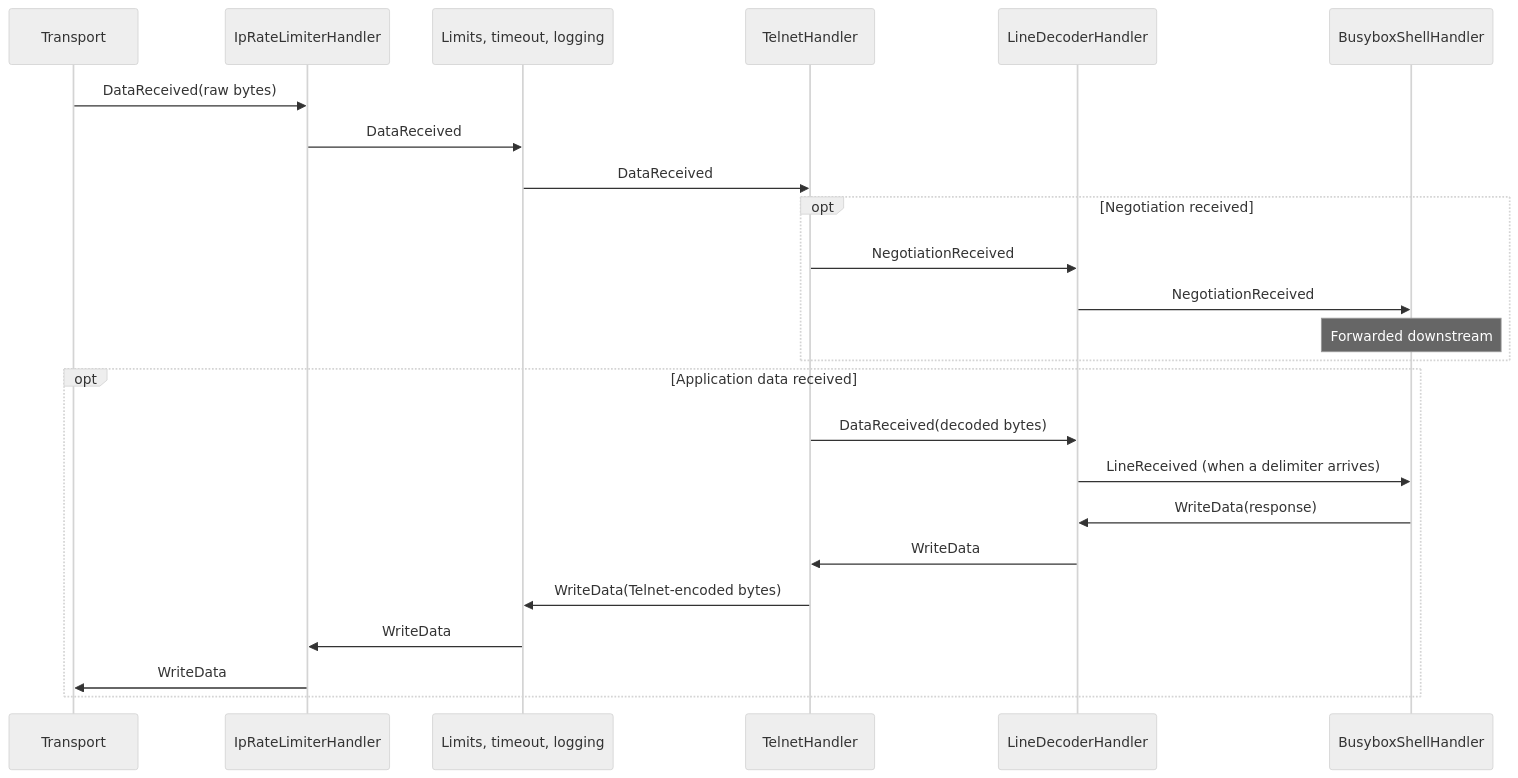
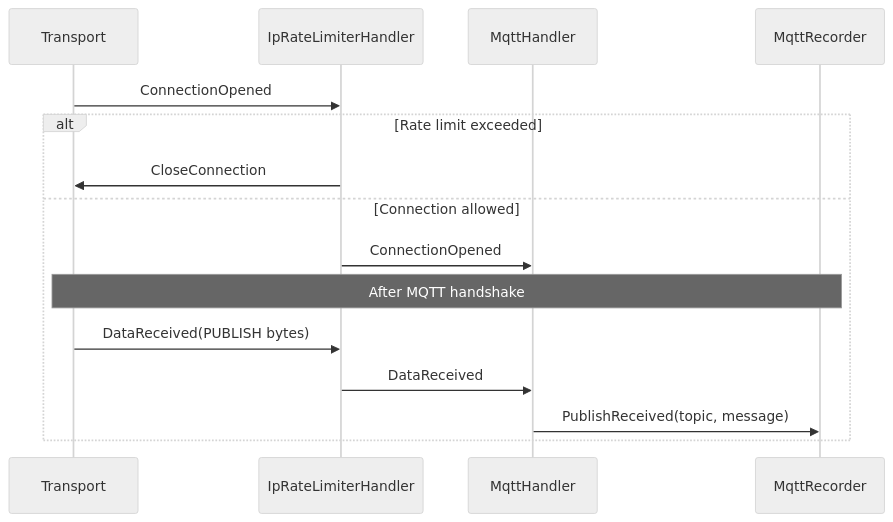
The diagram in README.md (honeypotterdev/honeypotter), drawn with Mermaid (neutral theme) before and after one commit. The commit also changed other lines of this file, not shown here.

````diff
--- a/README.md
+++ b/README.md
@@ -52,29 +61,18 @@
 ```mermaid
 sequenceDiagram
     participant IO as Transport
     participant IP as IpRateLimiterHandler
-    participant G as Limits, timeout, logging
-    participant T as TelnetHandler
-    participant L as LineDecoderHandler
-    participant S as BusyboxShellHandler
+    participant M as MqttHandler
+    participant R as MqttRecorder
 
-    IO->>IP: DataReceived(raw bytes)
-    IP->>G: DataReceived
-    G->>T: DataReceived
-
-    opt Negotiation received
-        T->>L: NegotiationReceived
-        L->>S: NegotiationReceived
-        Note over S: Forwarded downstream
-    end
-
-    opt Application data received
-        T->>L: DataReceived(decoded bytes)
-        L->>S: LineReceived (when a delimiter arrives)
-        S->>L: WriteData(response)
-        L->>T: WriteData
-        T->>G: WriteData(Telnet-encoded bytes)
-        G->>IP: WriteData
-        IP->>IO: WriteData
+    IO->>IP: ConnectionOpened
+    alt Rate limit exceeded
+        IP->>IO: CloseConnection
+    else Connection allowed
+        IP->>M: ConnectionOpened
+        Note over IO,R: After MQTT handshake
+        IO->>IP: DataReceived(PUBLISH bytes)
+        IP->>M: DataReceived
+        M->>R: PublishReceived(topic, message)
     end
 ```
````
